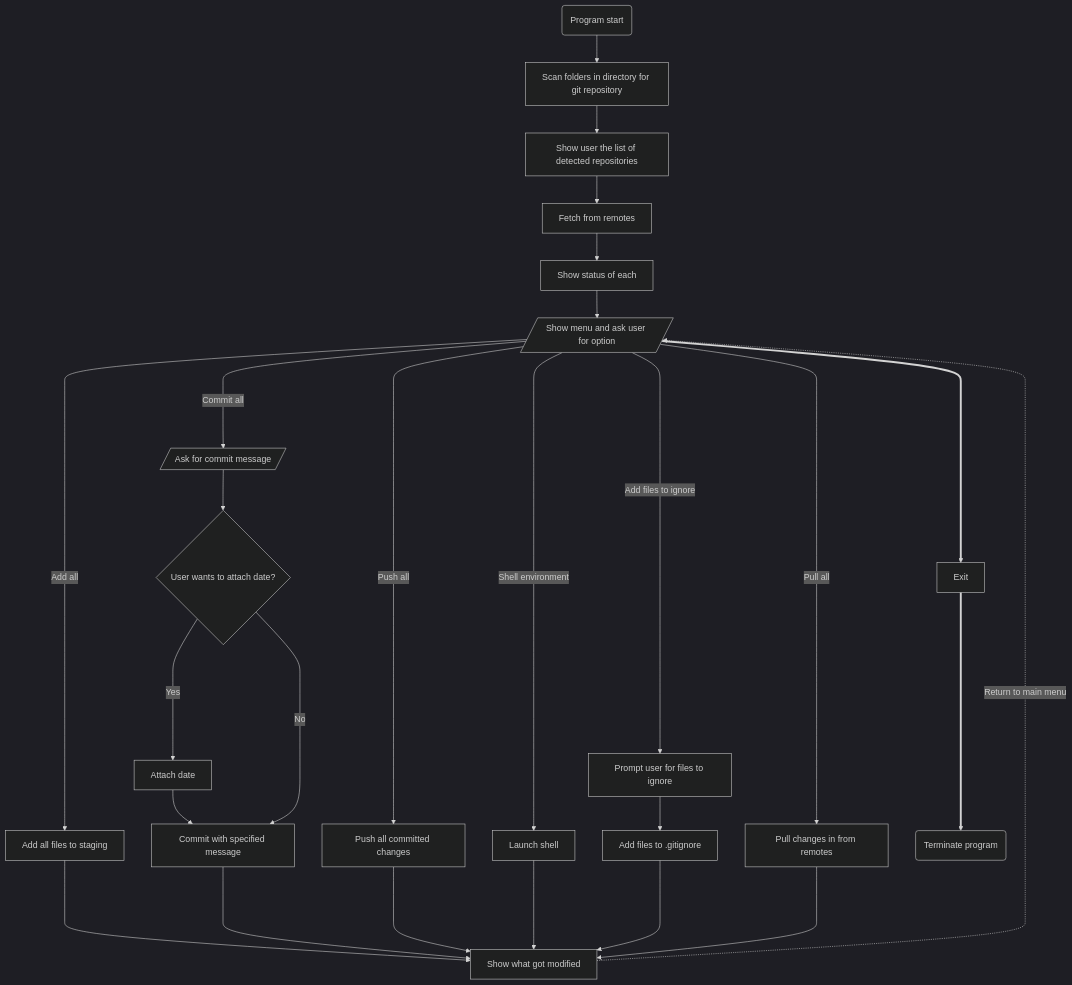
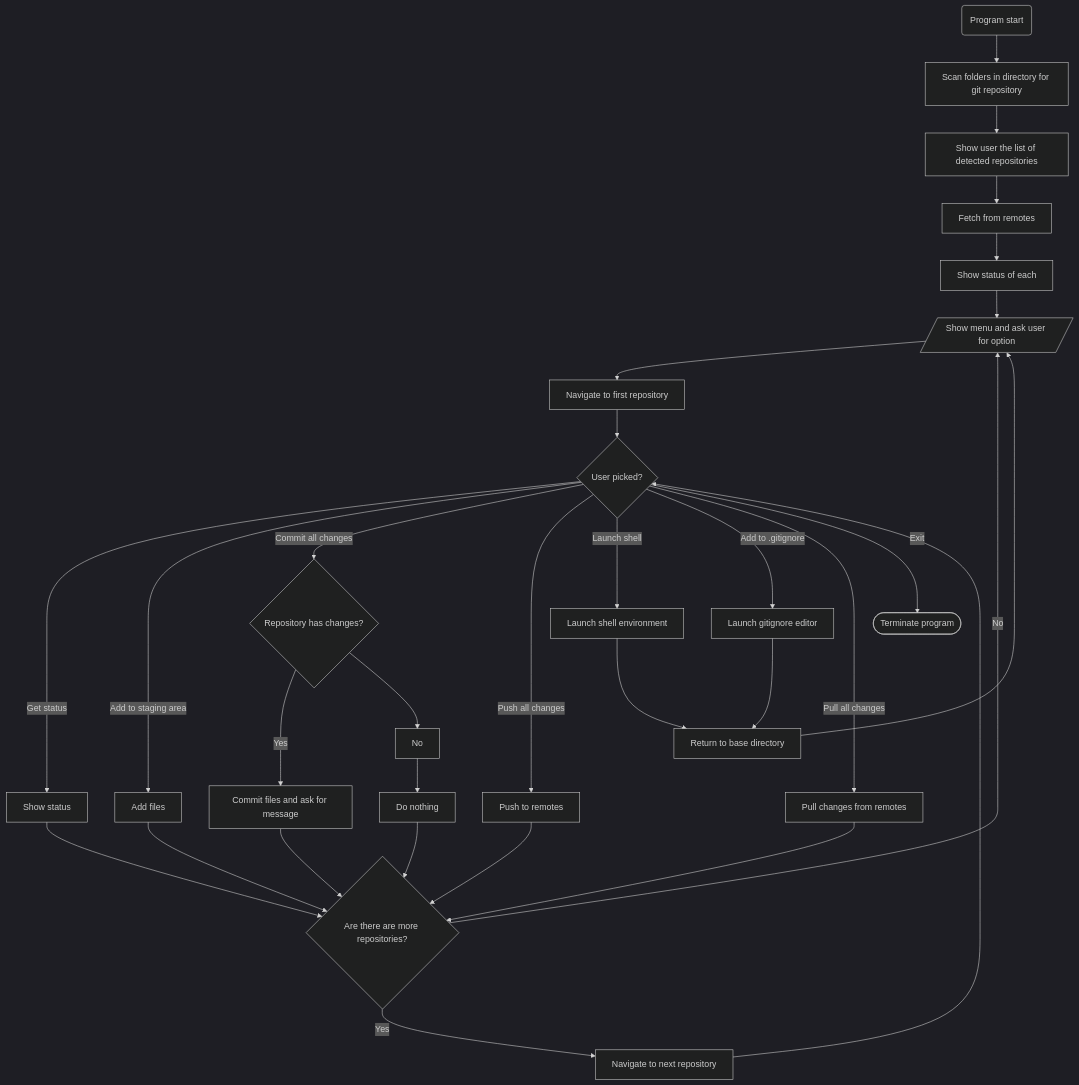
One commit to dari-studios/git-repository-manager changed the diagram in README.md. Above: the diagram before and after it, drawn with Mermaid (dark theme).

````diff
--- a/README.md
+++ b/README.md
@@ -31,14 +31,25 @@
 ```mermaid
 flowchart TD
-    A(Program start) --> B[Scan folders in directory for git repository] --> C[Show user the list of detected repositories] --> C1[Fetch from remotes] --> C2[Show status of each] --> D[/Show menu and ask user for option/]
-    D -- Add all --> E[Add all files to staging] ----> K
-    D -- Commit all ----> F[/Ask for commit message/] --> F1{User wants to attach date?}
-    F1 -- Yes ----> F2[Attach date] --> F3
-    F1 -- No --> F3[Commit with specified message] ----> K
-    D -- Push all --> G[Push all committed changes] ----> K
-    D -- Shell environment --> H[Launch shell] ---->  K
-    D -- Add files to ignore --> I[Prompt user for files to ignore] --> J[Add files to .gitignore] ----> K
-    D -- Pull all --> N[Pull changes in from remotes] ----> K
-    D =====> L[Exit] =====> M(Terminate program)
-    K[Show what got modified] -. Return to main menu .-> D
+    A(Program start) --> B[Scan folders in directory for git repository] --> C[Show user the list of detected repositories]
+    C--> C1[Fetch from remotes] --> C2[Show status of each] --> D[/Show menu and ask user for option/]
+    D --> D1[Navigate to first repository] --> D2{User picked?}
+    D2 -- Get status --> E1[Show status] --> F1
+    D2 -- Add to staging area --> E2[Add files] --> F1
+
+    D2 -- Commit all changes --> E3{Repository has changes?}
+    E3 -- Yes --> E31[Commit files and ask for message] --> F1
+    E3 --> No --> E32[Do nothing] --> F1
+
+    D2 -- Push all changes --> E4[Push to remotes] --> F1
+    D2 -- Launch shell --> E5[Launch shell environment] --> G1
+    D2 -- Add to .gitignore --> E6[Launch gitignore editor] --> G1
+    D2 -- Pull all changes --> E7[Pull changes from remotes] --> F1
+    D2 -- Exit --> E8([Terminate program])
+
+    G1[Return to base directory] --> D
+
+    F1{Are there are more repositories?} -- Yes --> F2[Navigate to next repository] --> D2
+    F1{Are there are more repositories?} -- No --> D
+
+
 ```
````
